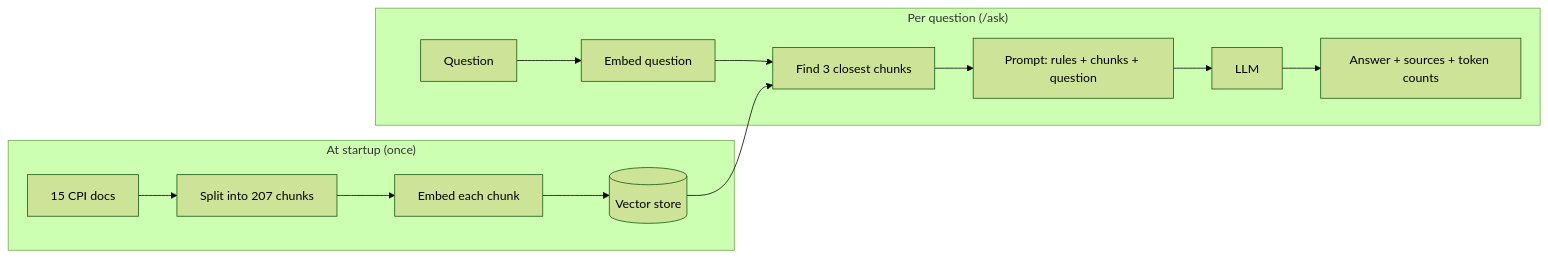
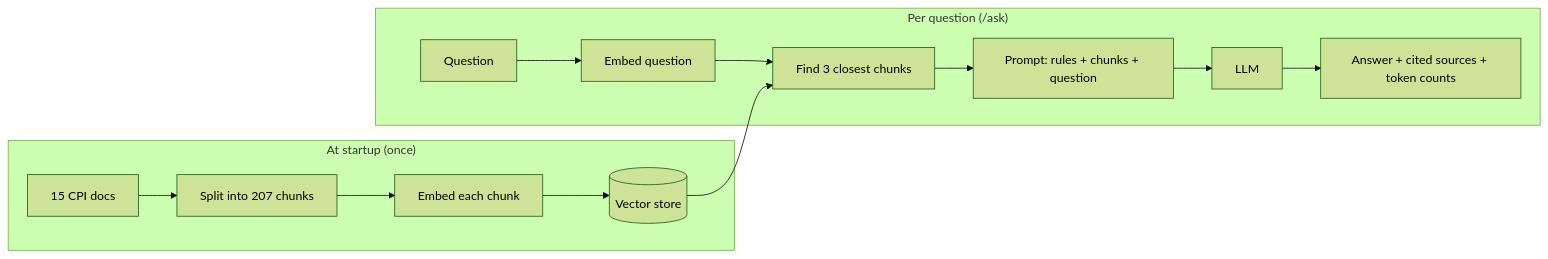
Before and after one commit to hhovhann/cpi-assistant: the diagram in README.md, drawn with Mermaid (forest theme). The commit also changed other lines of this file and 4 other files, not shown here.

First line of the commit message:
Step 8: numbered citations parsed into answer sources

````diff
--- a/README.md
+++ b/README.md
@@ -30,16 +30,16 @@
 ```mermaid
 flowchart LR
     subgraph Startup["At startup (once)"]
         D[15 CPI docs] --> S[Split into 207 chunks]
         S --> E1[Embed each chunk]
         E1 --> V[(Vector store)]
     end
     subgraph Request["Per question (/ask)"]
         Q[Question] --> E2[Embed question]
         E2 --> R[Find 3 closest chunks]
         V --> R
         R --> P[Prompt: rules + chunks + question]
         P --> L[LLM]
-        L --> A[Answer + sources + token counts]
+        L --> A[Answer + cited sources + token counts]
     end
 ```
````
